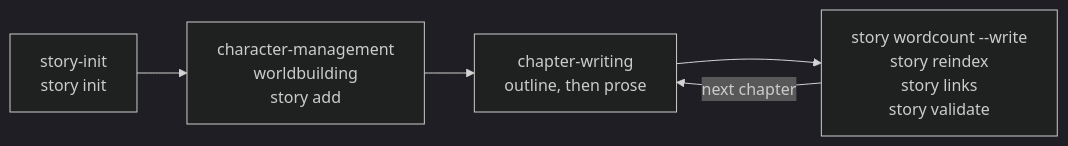
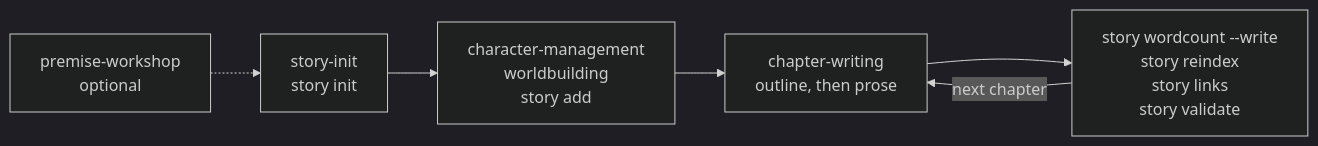
One commit to danjdewhurst/story-skills changed the diagram in docs/getting-started.md. Above: the diagram before and after it, drawn with Mermaid (dark theme). The commit also changed other lines of this file and 13 other files, not shown here.

````diff
--- a/docs/getting-started.md
+++ b/docs/getting-started.md
@@ -189,7 +189,8 @@
 ```mermaid
 flowchart LR
+  P[premise-workshop<br/>optional] -.-> A
   A[story-init<br/>story init] --> B[character-management<br/>worldbuilding<br/>story add]
   B --> C[chapter-writing<br/>outline, then prose]
   C --> D[story wordcount --write<br/>story reindex<br/>story links<br/>story validate]
   D -->|next chapter| C
 ```
````
